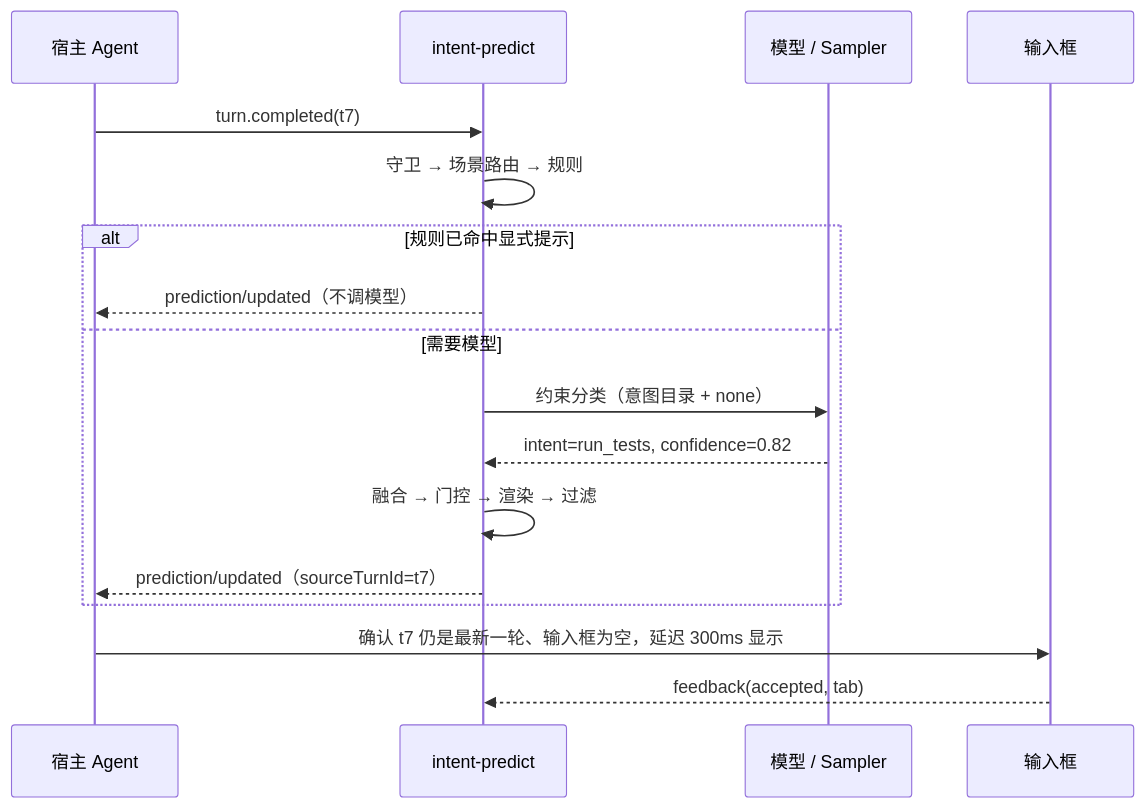
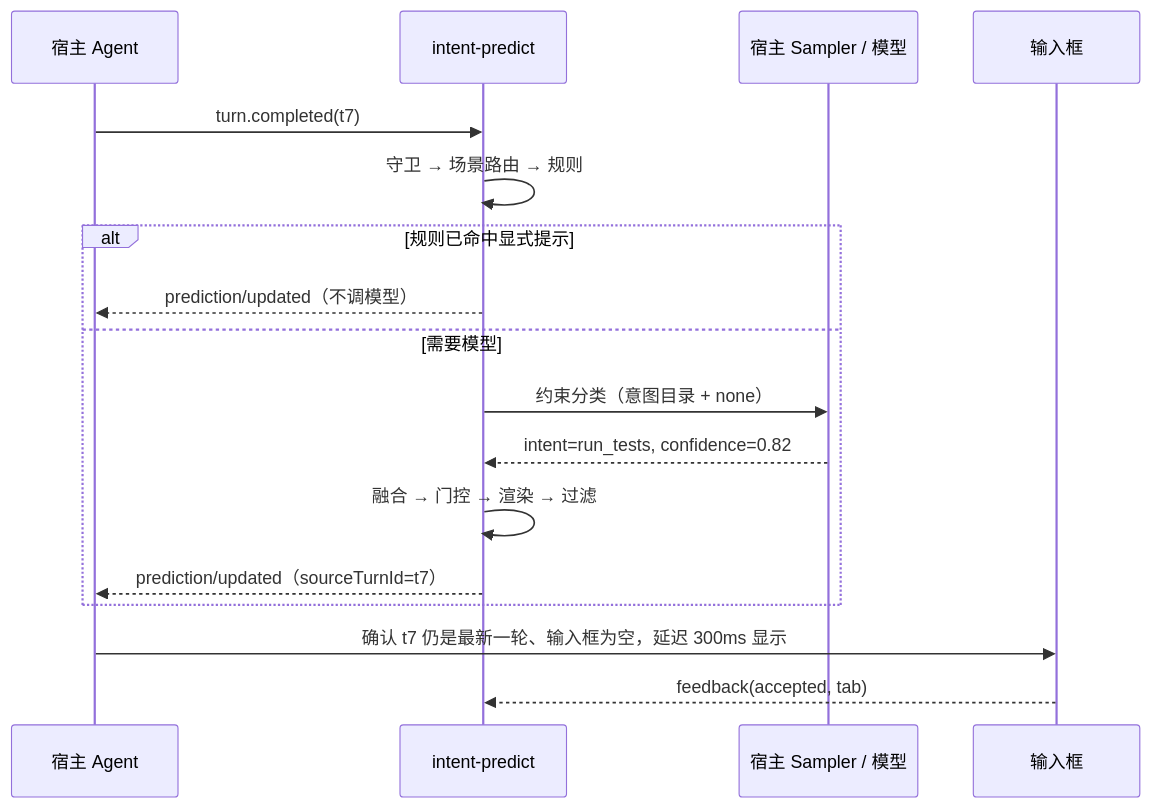
The second of 3 diagrams in docs/design.md (susyimes/intent-predict), drawn with Mermaid before and after one commit. The commit also changed other lines of this file and 7 other files, not shown here.

First line of the commit message:
docs(spec): finalize v0.2 design details, JSON schemas, and coding scenario pack

````diff
--- a/docs/design.md
+++ b/docs/design.md
@@ -152,19 +152,19 @@
 ```mermaid
 sequenceDiagram
   participant H as 宿主 Agent
   participant P as intent-predict
-  participant M as 模型 / Sampler
+  participant M as 宿主 Sampler / 模型
   participant UI as 输入框
   H->>P: turn.completed(t7)
   P->>P: 守卫 → 场景路由 → 规则
   alt 规则已命中显式提示
     P-->>H: prediction/updated（不调模型）
   else 需要模型
     P->>M: 约束分类（意图目录 + none）
     M-->>P: intent=run_tests, confidence=0.82
     P->>P: 融合 → 门控 → 渲染 → 过滤
     P-->>H: prediction/updated（sourceTurnId=t7）
   end
   H->>UI: 确认 t7 仍是最新一轮、输入框为空，延迟 300ms 显示
   UI-->>P: feedback(accepted, tab)
 ```
````
